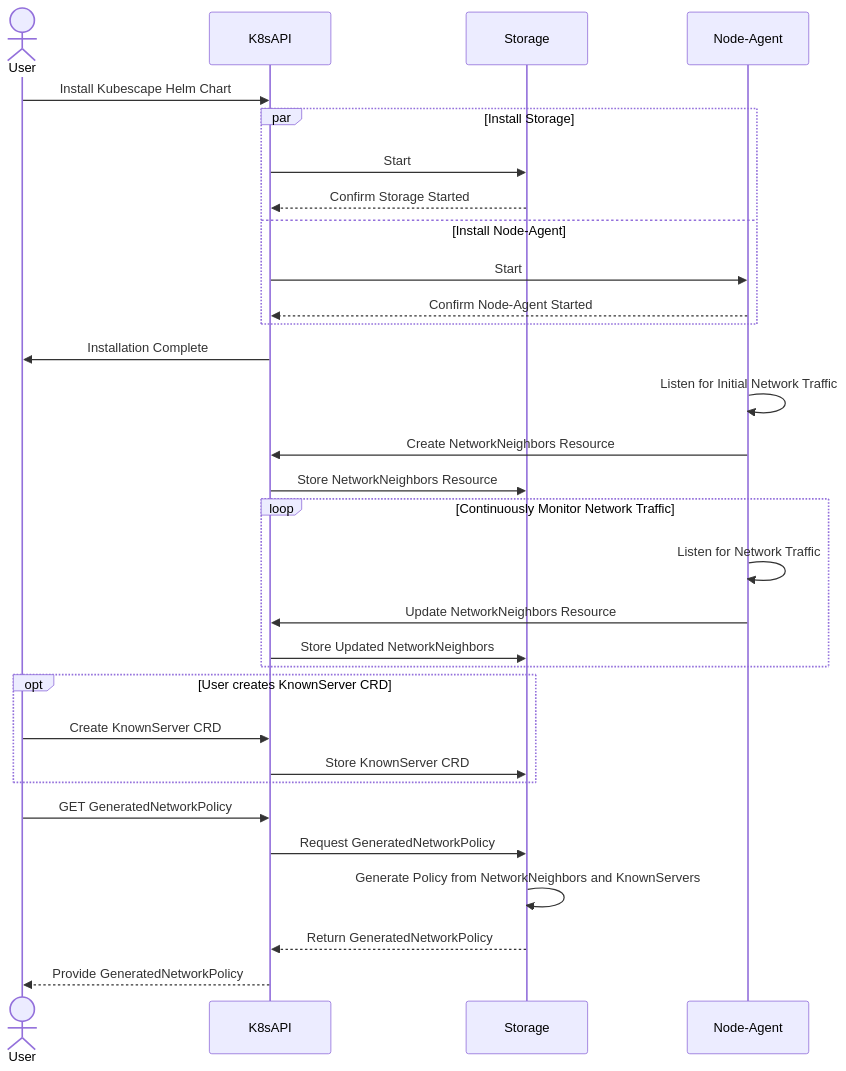
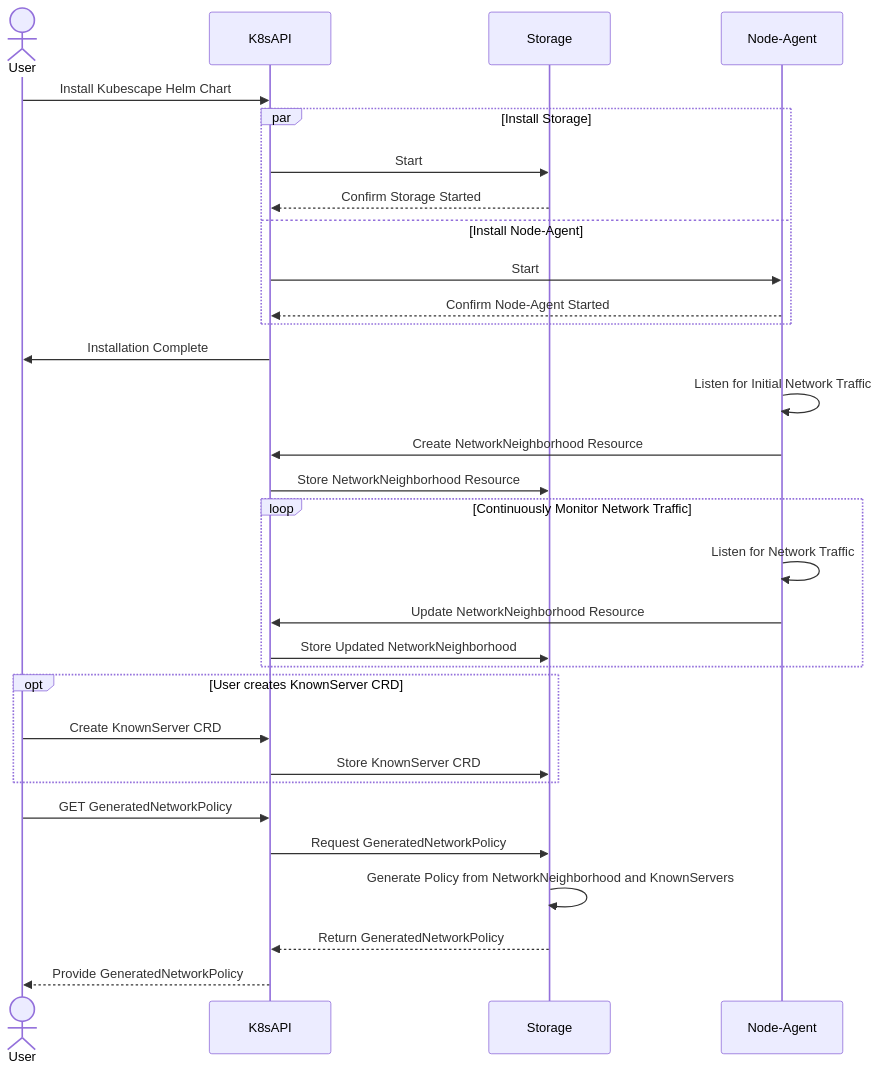
Before and after one commit to kubescape/kubescape.io: the diagram in docs/docs/operator/network-policy-generation.md, drawn with Mermaid. The commit also changed other lines of this file and 1 other file, not shown here.

First line of the commit message:
Update network policy generation documentation

````diff
--- a/docs/docs/operator/network-policy-generation.md
+++ b/docs/docs/operator/network-policy-generation.md
@@ -139,43 +145,43 @@
 ```mermaid
 sequenceDiagram
     actor u as User
     participant k8a as K8sAPI
     participant kss as Storage
     participant ksn as Node-Agent
 
     u ->> k8a: Install Kubescape Helm Chart
     par Install Storage
         k8a ->> kss: Start
         kss -->> k8a: Confirm Storage Started
     and Install Node-Agent
         k8a ->> ksn: Start
         ksn -->> k8a: Confirm Node-Agent Started
     end
     k8a ->> u: Installation Complete
 
-    %% Initial creation of NetworkNeighbors resource by Node-Agent
+    %% Initial creation of NetworkNeighborhood resource by Node-Agent
     ksn ->> ksn: Listen for Initial Network Traffic
-    ksn ->> k8a: Create NetworkNeighbors Resource
-    k8a ->> kss: Store NetworkNeighbors Resource
+    ksn ->> k8a: Create NetworkNeighborhood Resource
+    k8a ->> kss: Store NetworkNeighborhood Resource
 
-    %% Node-Agent continuously monitors network traffic and updates NetworkNeighbors
+    %% Node-Agent continuously monitors network traffic and updates NetworkNeighborhood
     loop Continuously Monitor Network Traffic
         ksn ->> ksn: Listen for Network Traffic
-        ksn ->> k8a: Update NetworkNeighbors Resource
-        k8a ->> kss: Store Updated NetworkNeighbors
+        ksn ->> k8a: Update NetworkNeighborhood Resource
+        k8a ->> kss: Store Updated NetworkNeighborhood
     end
 
     %% Optional scenario: User creates a 'KnownServer' CRD
     opt User creates KnownServer CRD
         u ->> k8a: Create KnownServer CRD
         k8a ->> kss: Store KnownServer CRD
     end
 
     %% User requests GeneratedNetworkPolicy CRD
     u ->> k8a: GET GeneratedNetworkPolicy
     k8a ->> kss: Request GeneratedNetworkPolicy
-    kss ->> kss: Generate Policy from NetworkNeighbors and KnownServers
+    kss ->> kss: Generate Policy from NetworkNeighborhood and KnownServers
     kss -->> k8a: Return GeneratedNetworkPolicy
     k8a -->> u: Provide GeneratedNetworkPolicy
 
 ```
````
